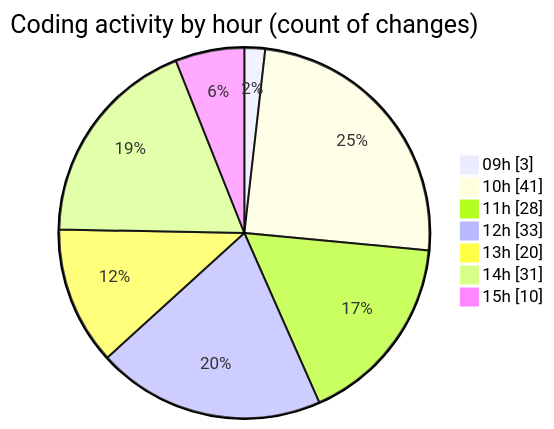
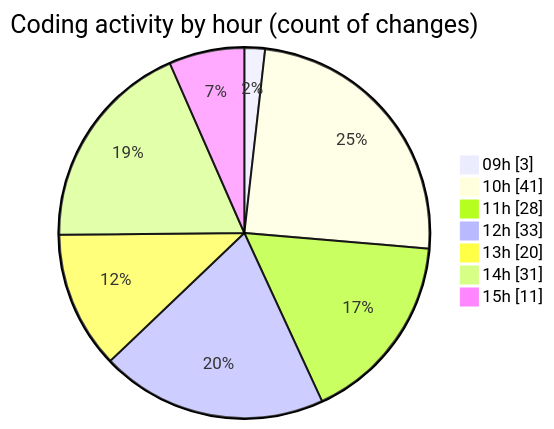
Before and after one commit to CELIANVF/code-tracking: the second of 2 diagrams in 2025-05-19/ecodeli-1/README.md, drawn with Mermaid. The commit also changed other lines of this file and 1 other file, not shown here.

````diff
--- a/2025-05-19/ecodeli-1/README.md
+++ b/2025-05-19/ecodeli-1/README.md
@@ -74,11 +74,11 @@
 ```mermaid
 pie showData
 title Coding activity by hour (count of changes)
 "09h" : 3
 "10h" : 41
 "11h" : 28
 "12h" : 33
 "13h" : 20
 "14h" : 31
-"15h" : 10
+"15h" : 11
 ```
````
